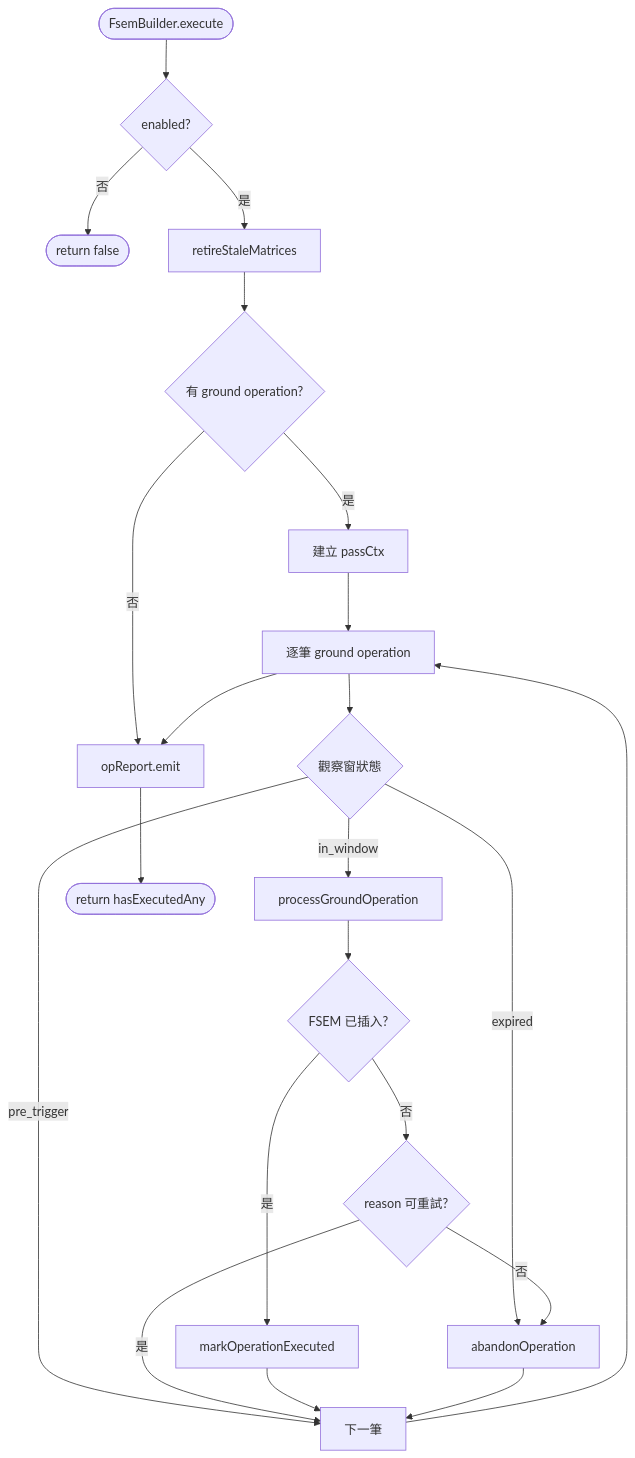
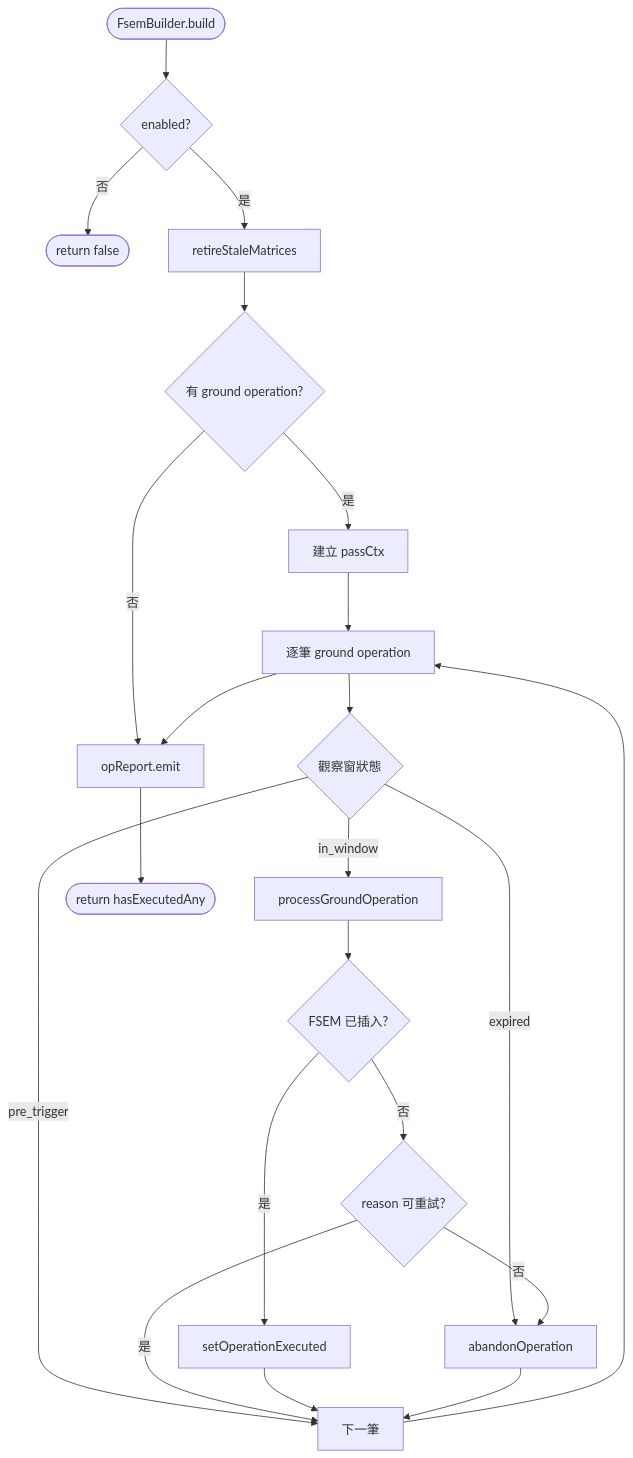
Before and after one commit to pullupjumper/formosa-in-flames: the diagram in docs/strikePlanner/fsemBuilder.md, drawn with Mermaid. The commit also changed other lines of this file and 93 other files, not shown here.

````diff
--- a/docs/strikePlanner/fsemBuilder.md
+++ b/docs/strikePlanner/fsemBuilder.md
@@ -23,41 +23,41 @@
 ```mermaid
 flowchart TD
-    ENTRY(["FsemBuilder.execute"])
+    ENTRY(["FsemBuilder.build"])
     ENABLED{"enabled?"}
     OFF(["return false"])
     RETIRE["retireStaleMatrices"]
     HASOP{"有 ground operation?"}
     SEED["建立 passCtx"]
     LOOP["逐筆 ground operation"]
     WINDOW{"觀察窗狀態"}
     PROCESS["processGroundOperation"]
     INSERTED{"FSEM 已插入?"}
-    EXEC["markOperationExecuted"]
+    EXEC["setOperationExecuted"]
     RETRYABLE{"reason 可重試?"}
     ABANDON["abandonOperation"]
     NEXT["下一筆"]
     EMIT["opReport.emit"]
     DONE(["return hasExecutedAny"])
 
     ENTRY --> ENABLED
     ENABLED -->|否| OFF
     ENABLED -->|是| RETIRE
     RETIRE --> HASOP
     HASOP -->|否| EMIT
     HASOP -->|是| SEED
     SEED --> LOOP
     LOOP --> WINDOW
     WINDOW -->|pre_trigger| NEXT
     WINDOW -->|expired| ABANDON
     WINDOW -->|in_window| PROCESS
     PROCESS --> INSERTED
     INSERTED -->|是| EXEC
     INSERTED -->|否| RETRYABLE
     RETRYABLE -->|是| NEXT
     RETRYABLE -->|否| ABANDON
     EXEC --> NEXT
     ABANDON --> NEXT
     NEXT --> LOOP
     LOOP --> EMIT
     EMIT --> DONE
 ```
````
